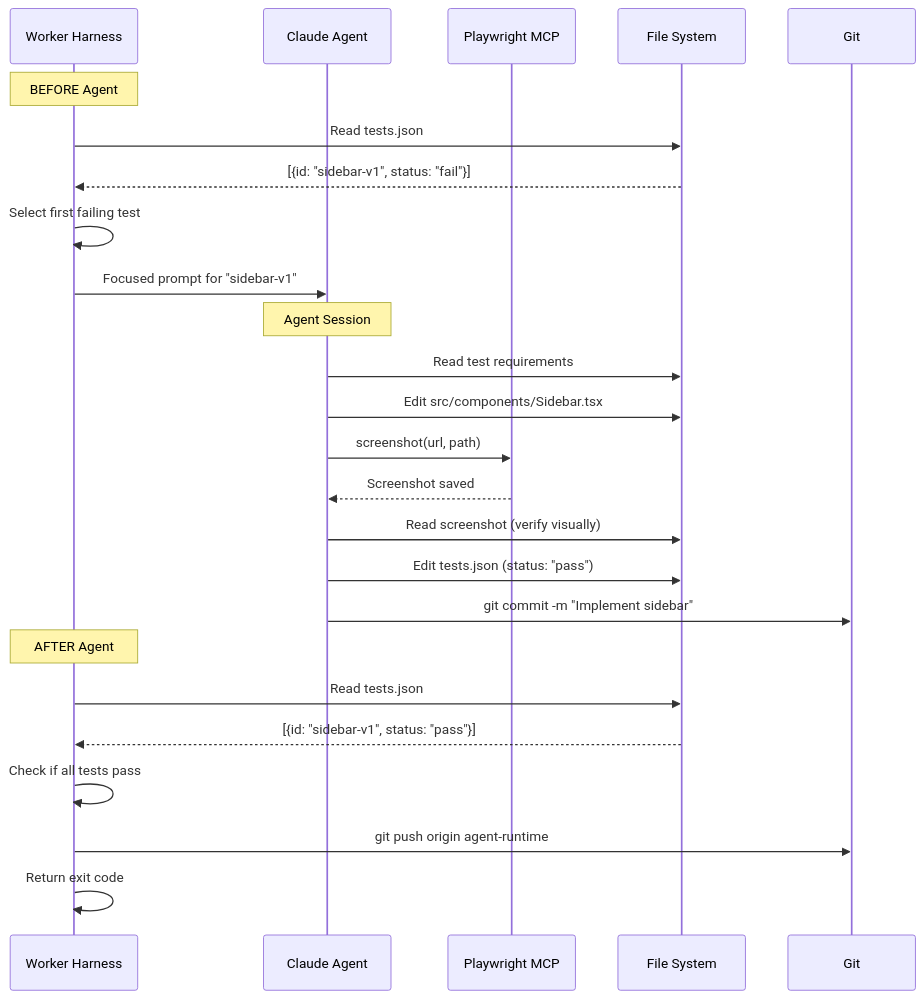
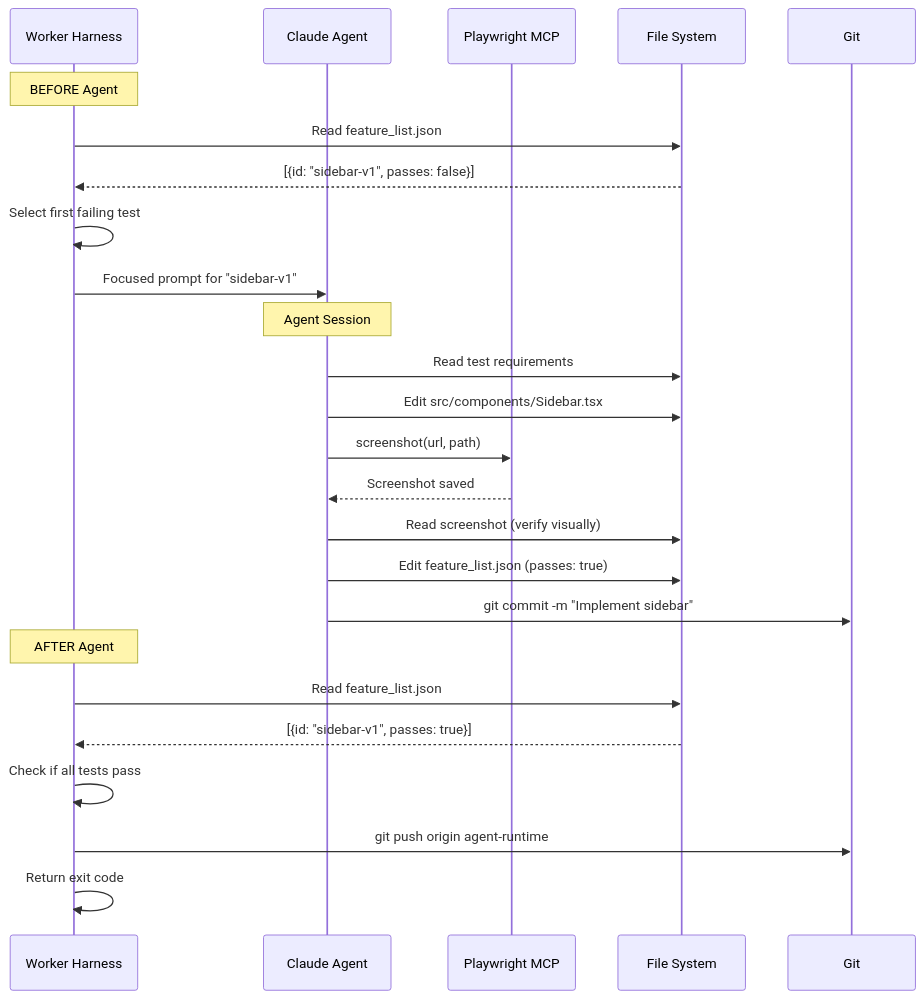
One commit to jawhnycooke/riv2025-long-horizon-coding-agent-demo changed the fifth of 9 diagrams in README.md. Above: the diagram before and after it, drawn with Mermaid. The commit also changed other lines of this file and 7 other files, not shown here.

First line of the commit message:
fix: Address code review issues for feature_list.json migration

````diff
--- a/README.md
+++ b/README.md
@@ -220,30 +220,30 @@
 ```mermaid
 sequenceDiagram
     participant Harness as Worker Harness
     participant Agent as Claude Agent
     participant MCP as Playwright MCP
     participant FS as File System
     participant Git as Git
 
     Note over Harness: BEFORE Agent
-    Harness->>FS: Read tests.json
-    FS-->>Harness: [{id: "sidebar-v1", status: "fail"}]
+    Harness->>FS: Read feature_list.json
+    FS-->>Harness: [{id: "sidebar-v1", passes: false}]
     Harness->>Harness: Select first failing test
     Harness->>Agent: Focused prompt for "sidebar-v1"
 
     Note over Agent: Agent Session
     Agent->>FS: Read test requirements
     Agent->>FS: Edit src/components/Sidebar.tsx
     Agent->>MCP: screenshot(url, path)
     MCP-->>Agent: Screenshot saved
     Agent->>FS: Read screenshot (verify visually)
-    Agent->>FS: Edit tests.json (status: "pass")
+    Agent->>FS: Edit feature_list.json (passes: true)
     Agent->>Git: git commit -m "Implement sidebar"
 
     Note over Harness: AFTER Agent
-    Harness->>FS: Read tests.json
-    FS-->>Harness: [{id: "sidebar-v1", status: "pass"}]
+    Harness->>FS: Read feature_list.json
+    FS-->>Harness: [{id: "sidebar-v1", passes: true}]
     Harness->>Harness: Check if all tests pass
     Harness->>Git: git push origin agent-runtime
     Harness->>Harness: Return exit code
 ```
````
